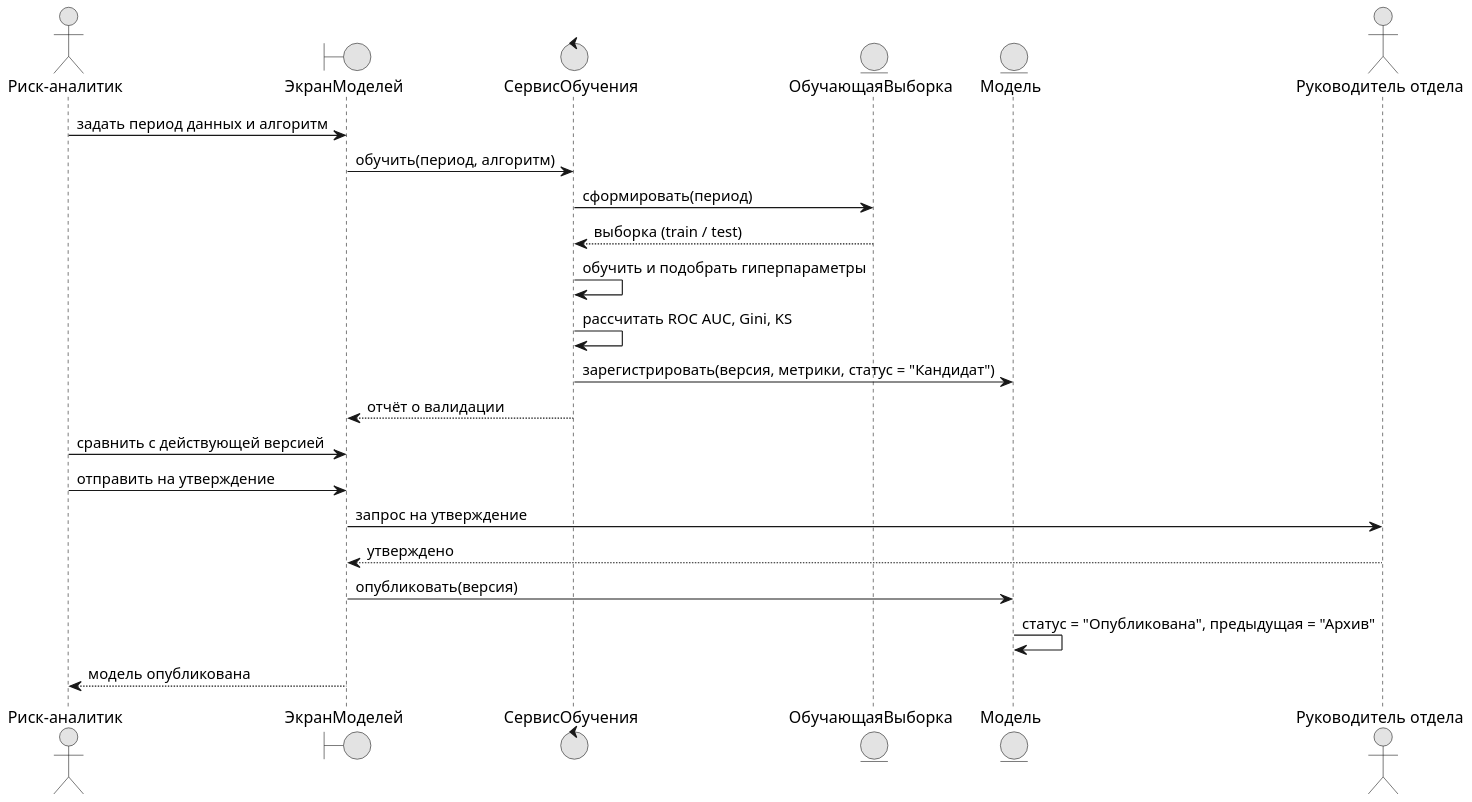
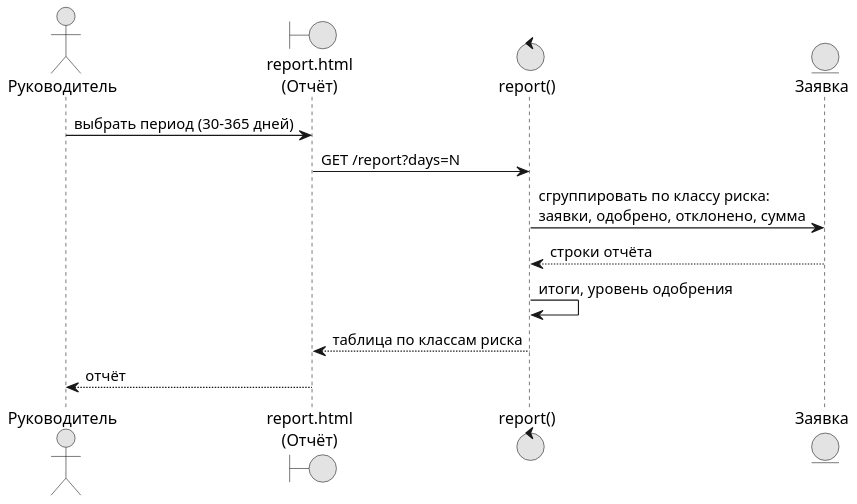
Before and after one commit to DarkSwordman999/credit-scoring-dss: the diagram in diagrams/uml_seq_3.puml, drawn with PlantUML. The commit also changed 51 other files, not shown here.

Commit message:
Отчёты ПР 1-10 и диаграммы пересобраны под базовую редакцию

```diff
--- a/diagrams/uml_seq_3.puml
+++ b/diagrams/uml_seq_3.puml
@@ -1,28 +1,18 @@
 @startuml
 !pragma layout smetana
 skinparam dpi 150
 skinparam defaultFontName Arial
 skinparam shadowing false
 skinparam monochrome true
-actor "Риск-аналитик" as RA
-boundary "ЭкранМоделей" as UI
-control "СервисОбучения" as T
-entity "ОбучающаяВыборка" as DS
-entity "Модель" as M
-actor "Руководитель отдела" as HD
-RA -> UI : задать период данных и алгоритм
-UI -> T : обучить(период, алгоритм)
-T -> DS : сформировать(период)
-DS --> T : выборка (train / test)
-T -> T : обучить и подобрать гиперпараметры
-T -> T : рассчитать ROC AUC, Gini, KS
-T -> M : зарегистрировать(версия, метрики, статус = "Кандидат")
-T --> UI : отчёт о валидации
-RA -> UI : сравнить с действующей версией
-RA -> UI : отправить на утверждение
-UI -> HD : запрос на утверждение
-HD --> UI : утверждено
-UI -> M : опубликовать(версия)
-M -> M : статус = "Опубликована", предыдущая = "Архив"
-UI --> RA : модель опубликована
+actor "Руководитель" as HD
+boundary "report.html\n(Отчёт)" as UI
+control "report()" as C
+entity "Заявка" as AP
+HD -> UI : выбрать период (30–365 дней)
+UI -> C : GET /report?days=N
+C -> AP : сгруппировать по классу риска:\nзаявки, одобрено, отклонено, сумма
+AP --> C : строки отчёта
+C -> C : итоги, уровень одобрения
+C --> UI : таблица по классам риска
+UI --> HD : отчёт
 @enduml
```
